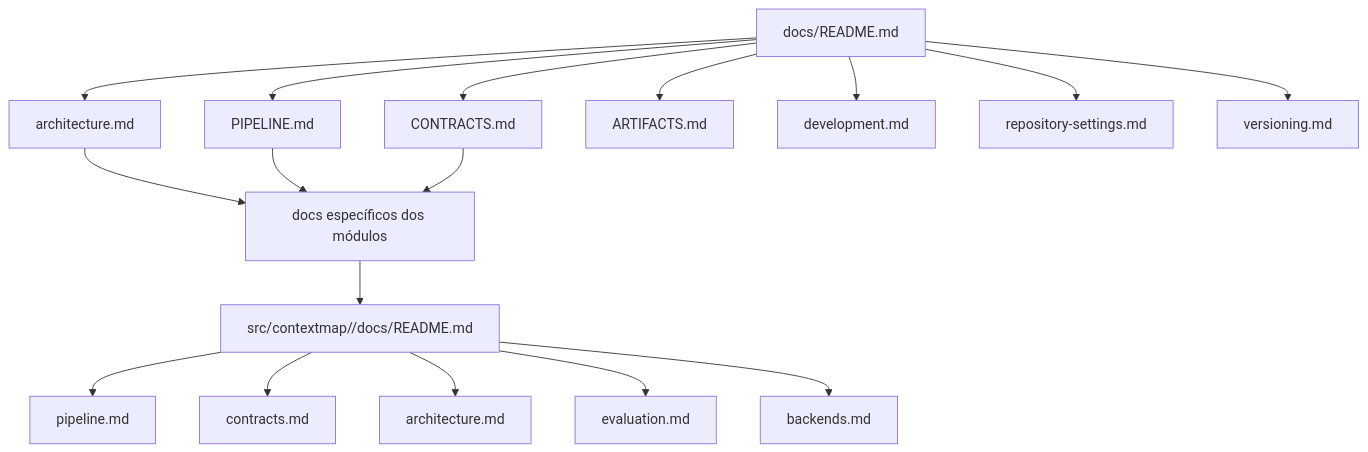
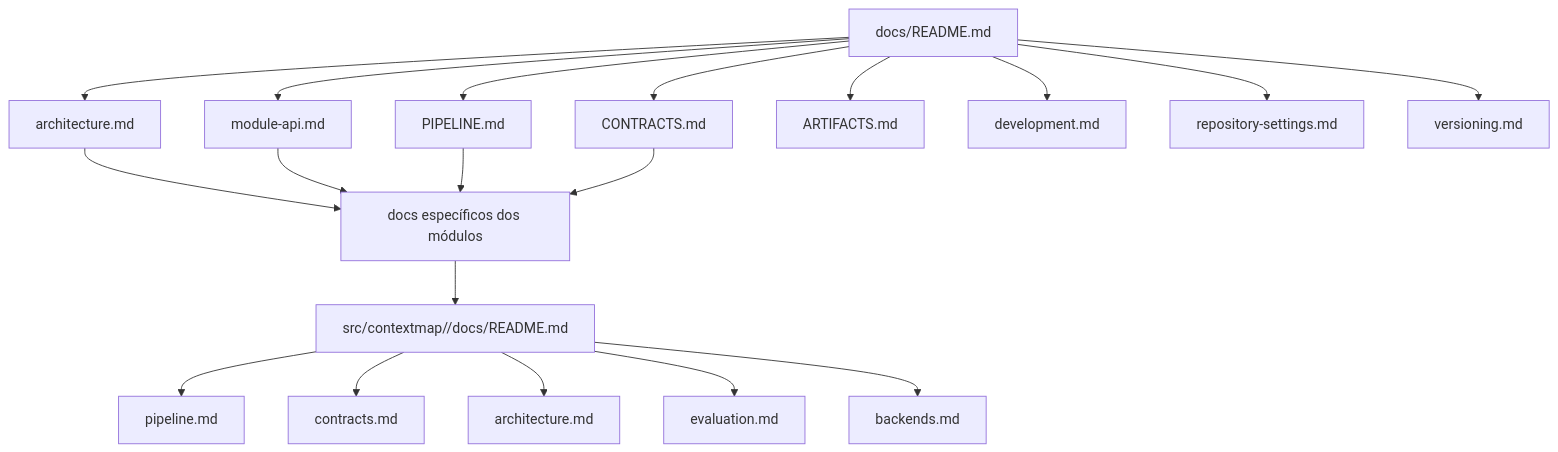
The second of 2 diagrams in docs/README.md (Alexandre-Tortoza/contextmap2), drawn with Mermaid before and after one commit. The commit also changed other lines of this file, not shown here.

First line of the commit message:
docs(index): link capability API and encapsulation rules

````diff
--- a/docs/README.md
+++ b/docs/README.md
@@ -45,23 +46,25 @@
 ```mermaid
 flowchart TD
     R[docs/README.md]
 
     R --> P[PIPELINE.md]
     R --> A[architecture.md]
+    R --> API[module-api.md]
     R --> C[CONTRACTS.md]
     R --> AR[ARTIFACTS.md]
     R --> D[development.md]
     R --> RS[repository-settings.md]
     R --> V[versioning.md]
 
     A --> M[docs específicos dos módulos]
+    API --> M
     P --> M
     C --> M
 
     M --> MR[src/contextmap/<module>/docs/README.md]
     MR --> MP[pipeline.md]
     MR --> MC[contracts.md]
     MR --> MA[architecture.md]
     MR --> ME[evaluation.md]
     MR --> MB[backends.md]
 ```
````
